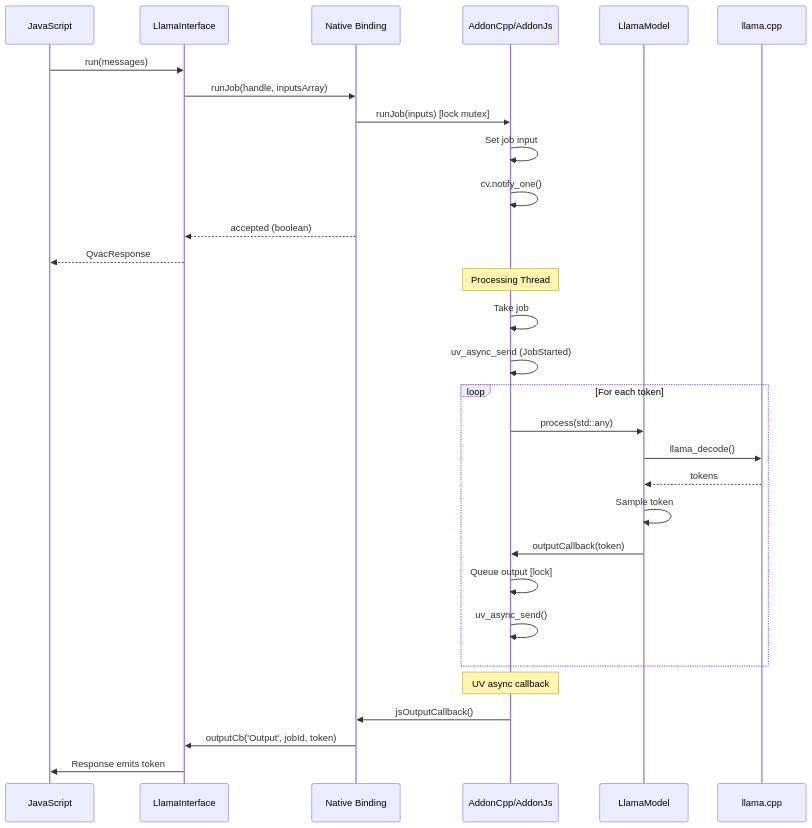
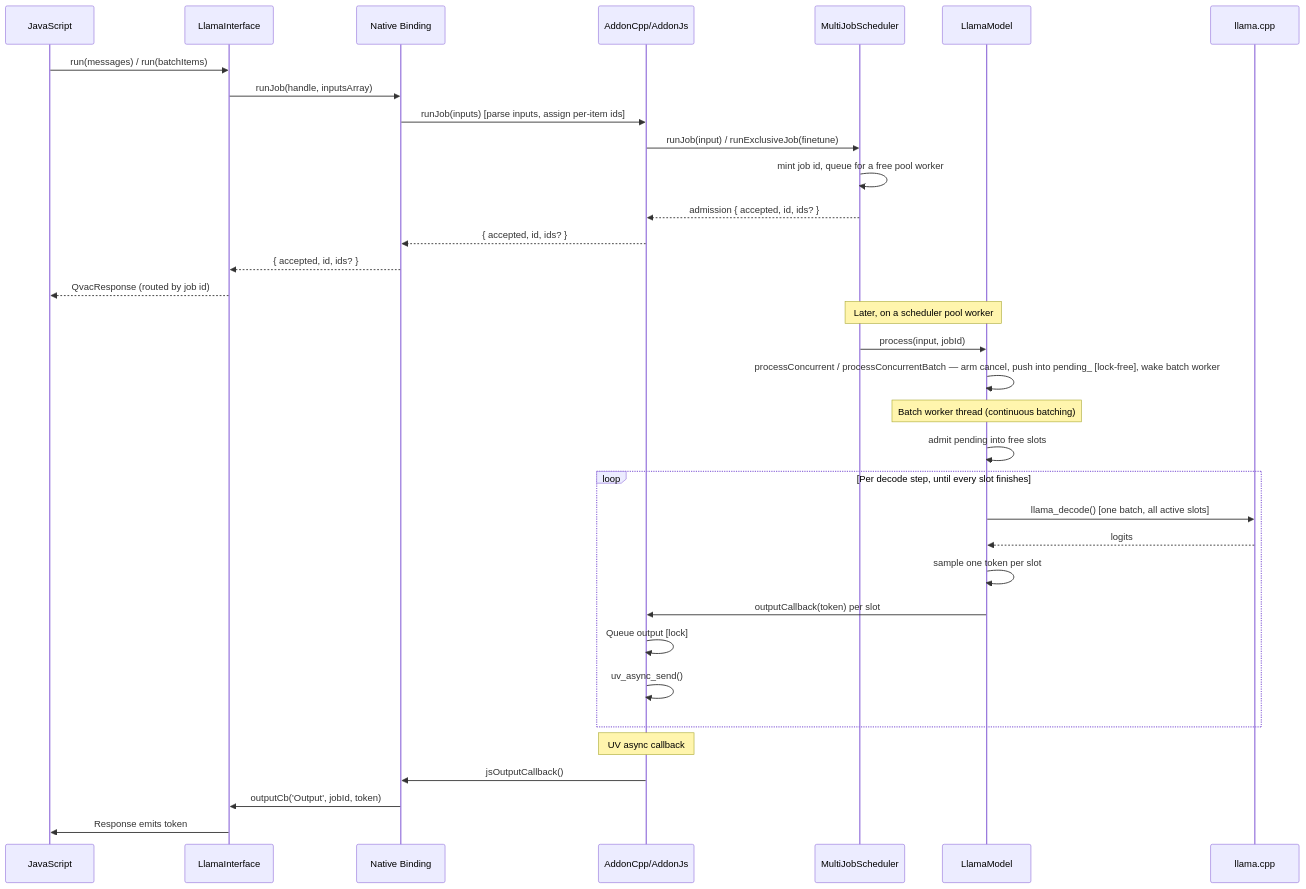
The fourth of 4 diagrams in packages/llm-llamacpp/docs/architecture.md (Zbig9000/qvac), drawn with Mermaid before and after one commit. The commit also changed other lines of this file and 78 other files, not shown here.

First line of the commit message:
QVAC-18397: Multi-job queue at addon-cpp and LLM (Needed for LLM Continuous Batching Optimizations) (#3445)

````diff
--- a/packages/llm-llamacpp/docs/architecture.md
+++ b/packages/llm-llamacpp/docs/architecture.md
@@ -475,36 +487,41 @@
 ```mermaid
 sequenceDiagram
     participant JS as JavaScript
     participant IF as LlamaInterface
     participant Bind as Native Binding
     participant Addon as AddonCpp/AddonJs
+    participant Sched as MultiJobScheduler
     participant Model as LlamaModel
     participant Llama as llama.cpp
     
-    JS->>IF: run(messages)
+    JS->>IF: run(messages) / run(batchItems)
     IF->>Bind: runJob(handle, inputsArray)
-    Bind->>Addon: runJob(inputs) [lock mutex]
-    Addon->>Addon: Set job input
-    Addon->>Addon: cv.notify_one()
-    Bind-->>IF: accepted (boolean)
-    IF-->>JS: QvacResponse
+    Bind->>Addon: runJob(inputs) [parse inputs, assign per-item ids]
+    Addon->>Sched: runJob(input) / runExclusiveJob(finetune)
+    Sched->>Sched: mint job id, queue for a free pool worker
+    Sched-->>Addon: admission { accepted, id, ids? }
+    Addon-->>Bind: { accepted, id, ids? }
+    Bind-->>IF: { accepted, id, ids? }
+    IF-->>JS: QvacResponse (routed by job id)
     
-    Note over Addon: Processing Thread
-    Addon->>Addon: Take job
-    Addon->>Addon: uv_async_send (JobStarted)
+    Note over Sched,Model: Later, on a scheduler pool worker
+    Sched->>Model: process(input, jobId)
+    Model->>Model: processConcurrent / processConcurrentBatch — arm cancel, push into pending_ [lock-free], wake batch worker
     
-    loop For each token
-        Addon->>Model: process(std::any)
-        Model->>Llama: llama_decode()
-        Llama-->>Model: tokens
-        Model->>Model: Sample token
-        Model->>Addon: outputCallback(token)
+    Note over Model: Batch worker thread (continuous batching)
+    Model->>Model: admit pending into free slots
+    
+    loop Per decode step, until every slot finishes
+        Model->>Llama: llama_decode() [one batch, all active slots]
+        Llama-->>Model: logits
+        Model->>Model: sample one token per slot
+        Model->>Addon: outputCallback(token) per slot
         Addon->>Addon: Queue output [lock]
         Addon->>Addon: uv_async_send()
     end
     
     Note over Addon: UV async callback
     Addon->>Bind: jsOutputCallback()
     Bind->>IF: outputCb('Output', jobId, token)
     IF->>JS: Response emits token
 ```
````
